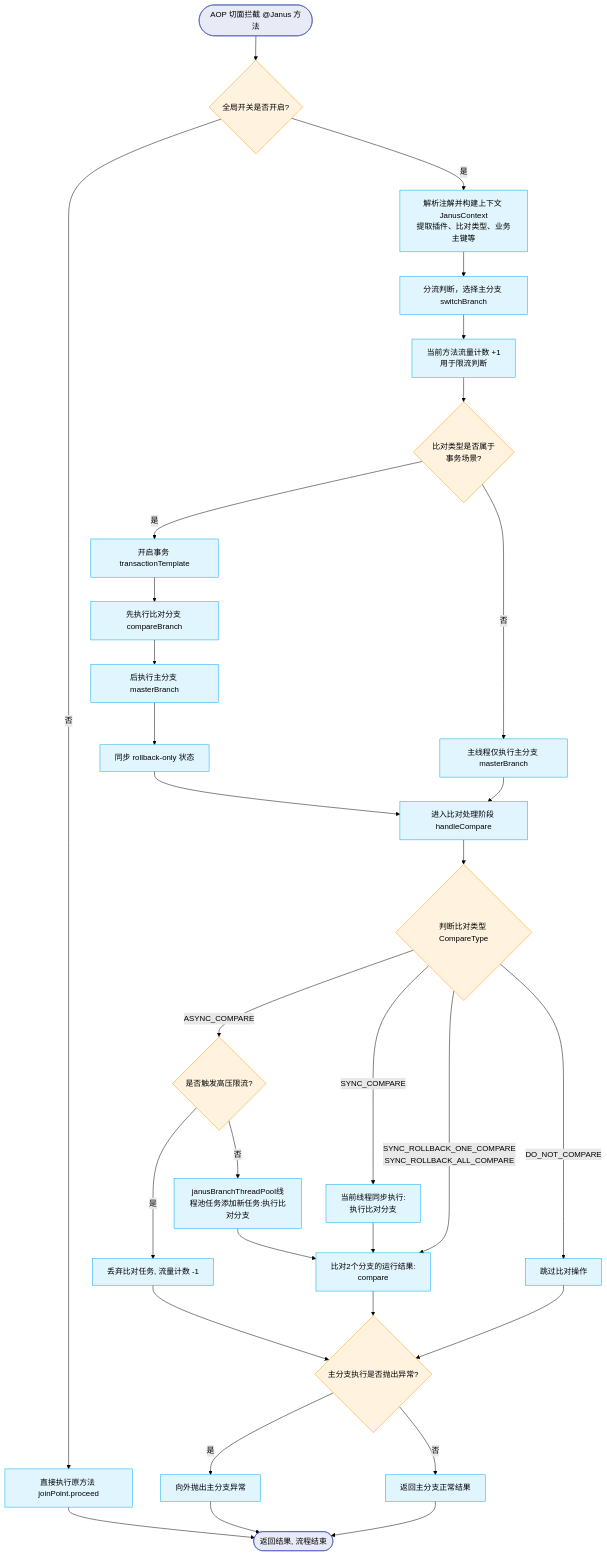
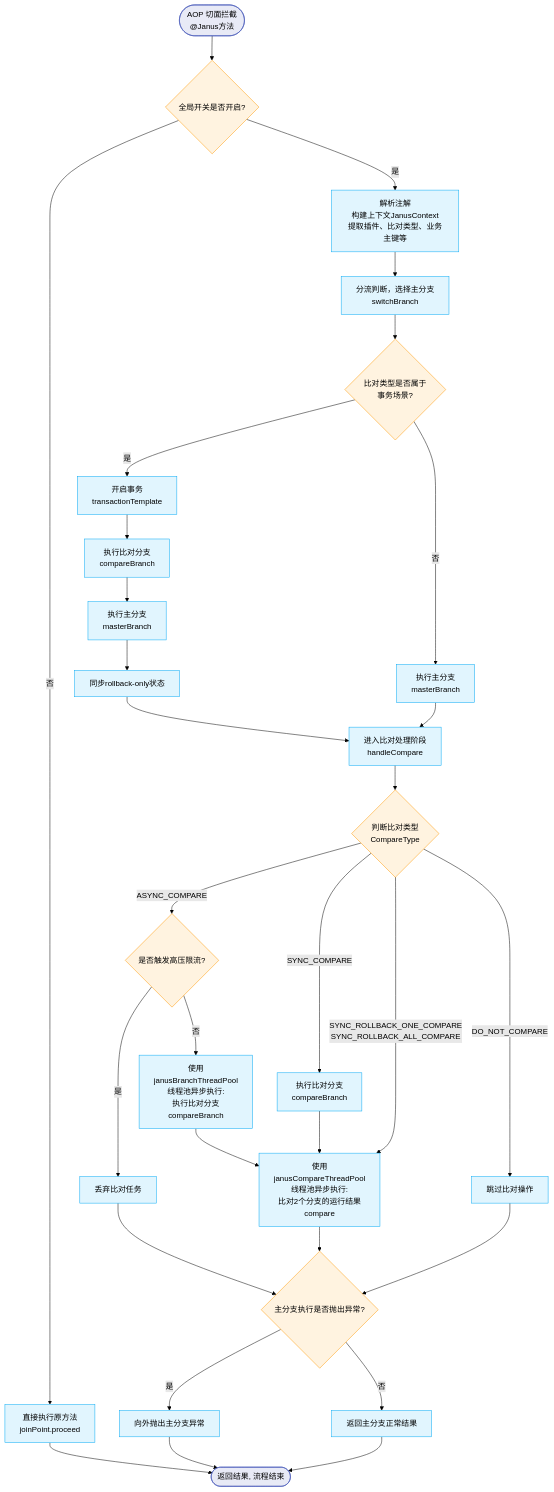
The diagram in README.md (kenta-sun/Janus), drawn with Mermaid (forest theme) before and after one commit.

Commit message:
optimize: 补充 README.md

````diff
--- a/README.md
+++ b/README.md
@@ -670,59 +670,57 @@
 ```mermaid
 graph TD
-    A([AOP 切面拦截 @Janus 方法]) --> B{全局开关是否开启?}
+    A([AOP 切面拦截<br/>@Janus方法]) --> B{全局开关是否开启?}
     
-    B -- 否 --> C[直接执行原方法 joinPoint.proceed]
+    B -- 否 --> C[直接执行原方法<br/>joinPoint.proceed]
     C --> Z([返回结果, 流程结束])
     
-    B -- 是 --> D[解析注解并构建上下文 JanusContext<br/>提取插件、比对类型、业务主键等]
+    B -- 是 --> D[解析注解<br/>构建上下文JanusContext<br/>提取插件、比对类型、业务主键等]
     
-    D --> E[分流判断，选择主分支 switchBranch]
-    E --> F[当前方法流量计数 +1 <br/>用于限流判断]
+    D --> E[分流判断，选择主分支<br/>switchBranch]
+    E --> G{比对类型是否属于<br/>事务场景?}
     
-    F --> G{比对类型是否属于<br/>事务场景?}
+    G -- 是 --> H[开启事务<br/>transactionTemplate]
+    H --> I[执行比对分支<br/>compareBranch]
+    I --> J[执行主分支<br/>masterBranch]
+    J --> K[同步rollback-only状态]
+    K --> M[进入比对处理阶段<br/>handleCompare]
     
-    G -- 是 --> H[开启事务 transactionTemplate]
-    H --> I[先执行比对分支 compareBranch]
-    I --> J[后执行主分支 masterBranch]
-    J --> K[同步 rollback-only 状态]
-    K --> M[进入比对处理阶段 handleCompare]
-    
-    G -- 否 --> L[主线程仅执行主分支 masterBranch]
+    G -- 否 --> L[执行主分支<br/>masterBranch]
     L --> M
     
-    M --> N{判断比对类型 CompareType}
+    M --> N{判断比对类型<br/>CompareType}
     
     N -- ASYNC_COMPARE --> O{是否触发高压限流?}
-    O -- 是 --> P[丢弃比对任务, 流量计数 -1]
-    O -- 否 --> Q[janusBranchThreadPool线程池任务添加新任务:执行比对分支]
+    O -- 是 --> P[丢弃比对任务]
+    O -- 否 --> Q[使用<br/>janusBranchThreadPool<br/>线程池异步执行:<br/>执行比对分支<br/>compareBranch]
     P --> U
     Q --> S
     
-    N -- SYNC_COMPARE --> R[当前线程同步执行:<br/>执行比对分支]
+    N -- SYNC_COMPARE --> R[执行比对分支<br/>compareBranch]
     R --> S
     
     N -- "SYNC_ROLLBACK_ONE_COMPARE<br/>SYNC_ROLLBACK_ALL_COMPARE" --> S
     
-    S[比对2个分支的运行结果:<br/>compare]
+    S[使用<br/>janusCompareThreadPool<br/>线程池异步执行:<br/>比对2个分支的运行结果<br/>compare]
 
     S --> U
     
     N -- DO_NOT_COMPARE --> T[跳过比对操作]
     T --> U
     
     U{主分支执行是否抛出异常?}
     U -- 是 --> V[向外抛出主分支异常]
     U -- 否 --> W[返回主分支正常结果]
     
     V --> Z
     W --> Z
     
     classDef default fill:#f9f9f9,stroke:#333,stroke-width:1px;
     classDef process fill:#e1f5fe,stroke:#03a9f4,stroke-width:1px;
     classDef decision fill:#fff3e0,stroke:#ff9800,stroke-width:1px;
     classDef terminator fill:#e8eaf6,stroke:#3f51b5,stroke-width:1px;
     
     class A,Z terminator;
     class B,G,N,O,U decision;
-    class C,D,E,F,H,I,J,K,L,M,P,Q,R,S,T,V,W process;
+    class C,D,E,H,I,J,K,L,M,P,Q,R,S,T,V,W process;
 ```
````
